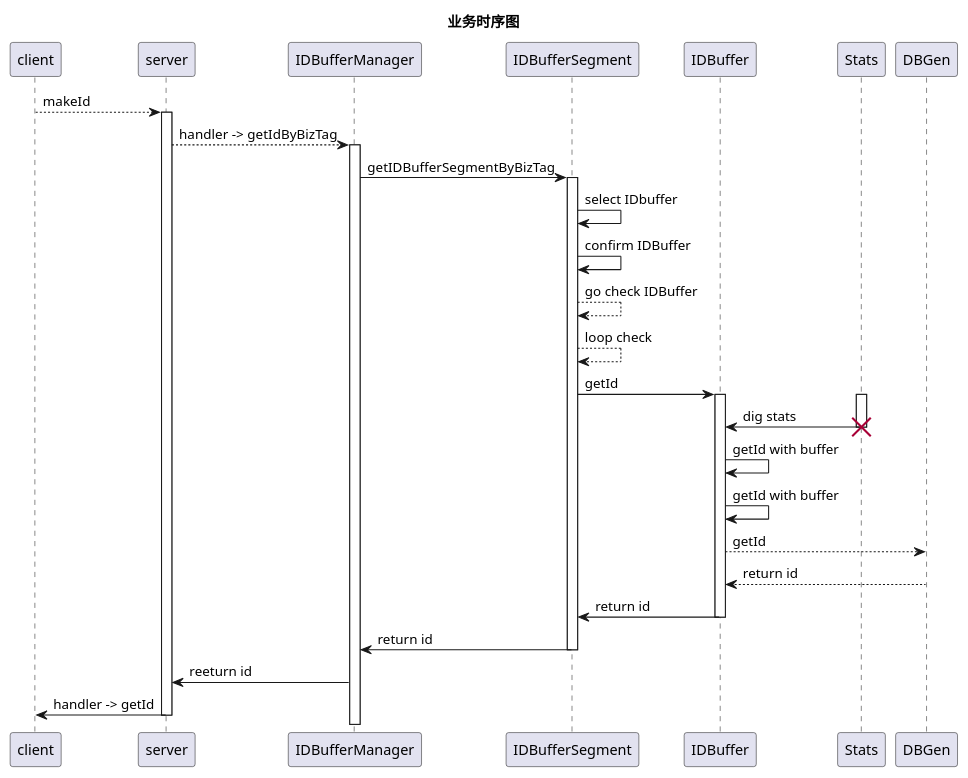
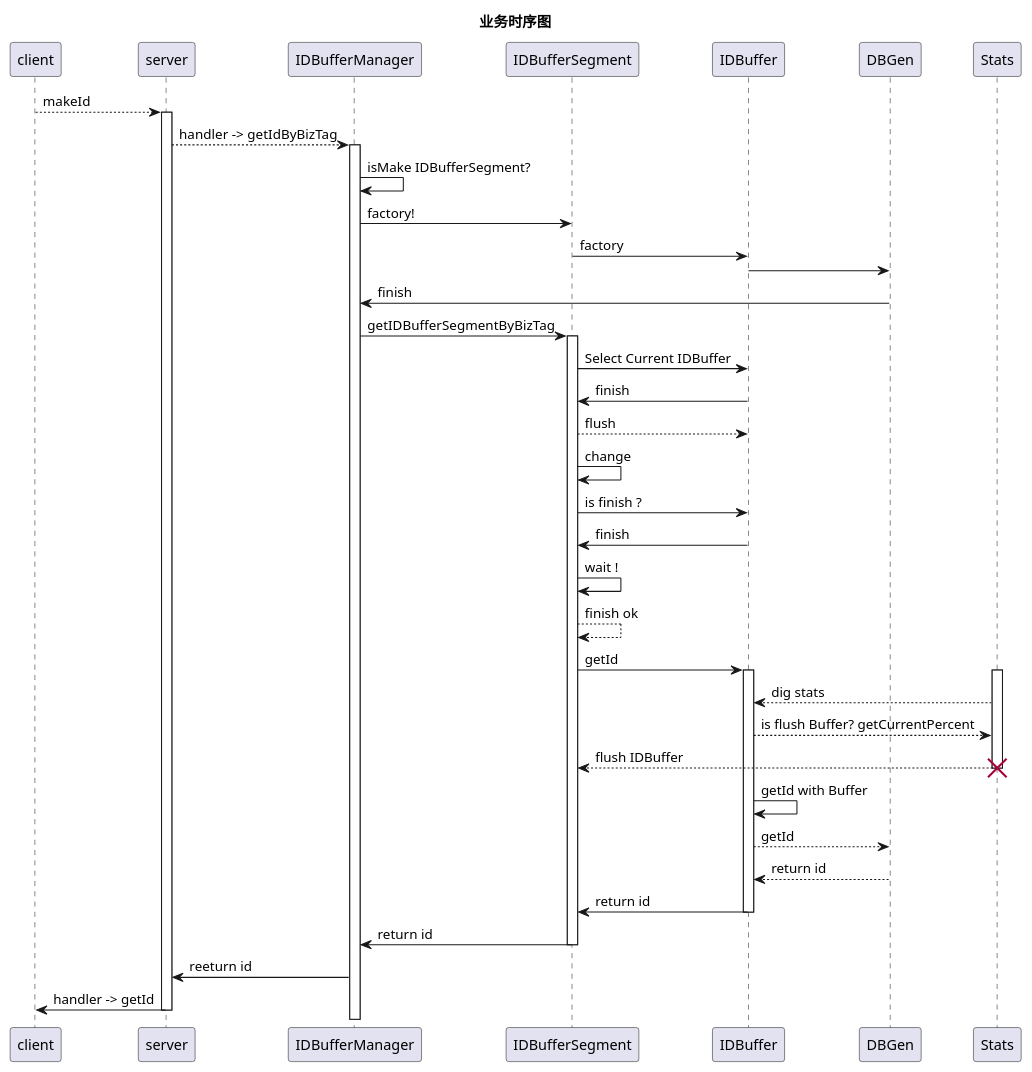
Before and after one commit to liuchenrang/seeder: the diagram in seq.wsd, drawn with PlantUML.

Commit message:
update seq

```diff
--- a/seq.wsd
+++ b/seq.wsd
@@ -1,34 +1,44 @@
 @startuml
 title "业务时序图"
 
 client --> server:   makeId
 activate server
 
 server --> IDBufferManager: handler -> getIdByBizTag
 activate IDBufferManager
+    IDBufferManager -> IDBufferManager: isMake IDBufferSegment?
+    IDBufferManager -> IDBufferSegment: factory!
+    IDBufferSegment -> IDBuffer: factory
+    IDBuffer -> DBGen
+    DBGen -> IDBufferManager: finish
     IDBufferManager -> IDBufferSegment: getIDBufferSegmentByBizTag
     activate IDBufferSegment
-        IDBufferSegment -> IDBufferSegment: select IDbuffer
-        IDBufferSegment -> IDBufferSegment:  confirm IDBuffer
-        IDBufferSegment --> IDBufferSegment: go check IDBuffer
-        IDBufferSegment --> IDBufferSegment: loop check
+        IDBufferSegment -> IDBuffer:  Select Current IDBuffer
+        IDBuffer -> IDBufferSegment: finish 
+        IDBufferSegment --> IDBuffer: flush
+        IDBufferSegment -> IDBufferSegment: change  
+        IDBufferSegment -> IDBuffer: is finish ?
+        IDBuffer -> IDBufferSegment: finish 
+        IDBufferSegment -> IDBufferSegment:wait ! 
+        IDBufferSegment --> IDBufferSegment: finish ok 
             IDBufferSegment -> IDBuffer: getId
                 activate IDBuffer
                 activate Stats
-                Stats -> IDBuffer: dig stats
+                Stats --> IDBuffer: dig stats
+                IDBuffer --> Stats: is flush Buffer? getCurrentPercent
+                Stats --> IDBufferSegment: flush IDBuffer
                 deactivate Stats
                 destroy Stats
-                IDBuffer->IDBuffer: getId with buffer
-                IDBuffer->IDBuffer: getId with buffer
-                
+
+                IDBuffer->IDBuffer: getId with Buffer
                 IDBuffer --> DBGen: getId
                 DBGen --> IDBuffer: return id
             IDBuffer -> IDBufferSegment: return id
             deactivate IDBuffer
         IDBufferSegment -> IDBufferManager: return id
         deactivate IDBufferSegment
     IDBufferManager -> server: reeturn id
 server -> client : handler -> getId
 deactivate server
 
 @enduml
```
